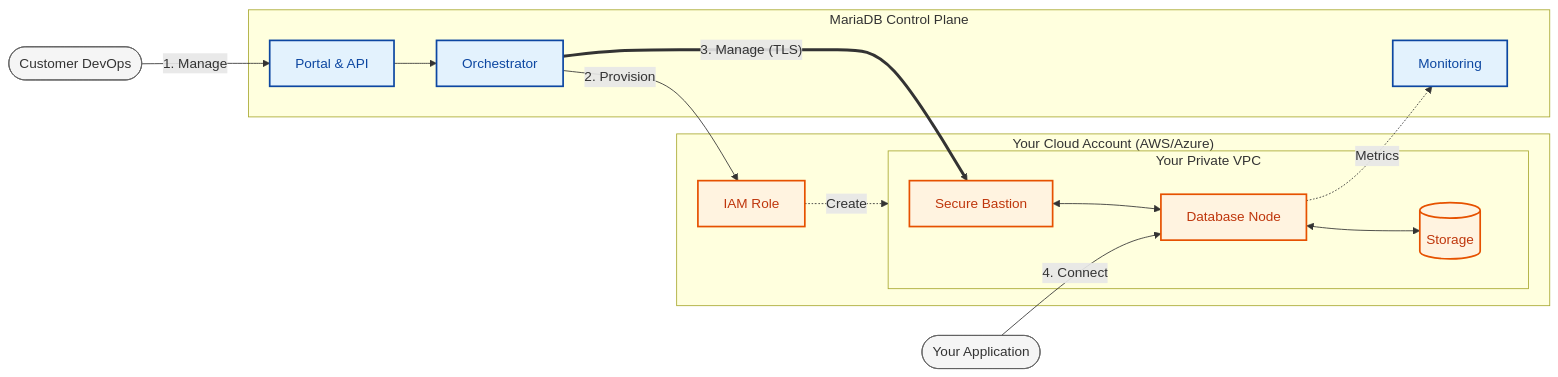
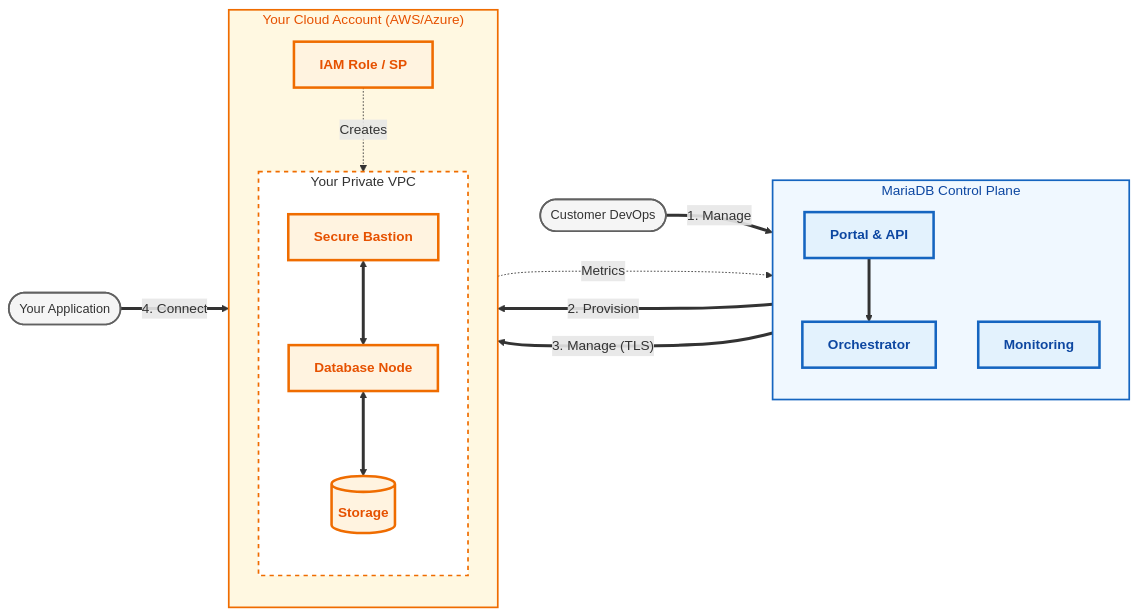
Before and after one commit to rusher/mariadb-docs: the second of 5 diagrams in mariadb-cloud/quickstart/bring-your-own-account-byoa.md, drawn with Mermaid.

Commit message:
GitBook: No commit message

````diff
--- a/mariadb-cloud/quickstart/bring-your-own-account-byoa.md
+++ b/mariadb-cloud/quickstart/bring-your-own-account-byoa.md
@@ -43,44 +43,51 @@
 ```mermaid
 flowchart LR
-    %% Styles similar to Aiven: High contrast, clean blocks
-    classDef control fill:#e3f2fd,stroke:#0d47a1,stroke-width:2px,color:#0d47a1;
-    classDef data fill:#fff3e0,stroke:#e65100,stroke-width:2px,color:#bf360c;
-    classDef network fill:#ffffff,stroke:#e65100,stroke-width:2px,stroke-dasharray: 5 5;
-    classDef external fill:#f5f5f5,stroke:#616161,stroke-width:1px;
+    %% Global Graph Settings: Bold styles for "Aiven-like" readability
+    classDef control fill:#e3f2fd,stroke:#1565c0,stroke-width:3px,color:#0d47a1,font-size:16px,font-weight:bold;
+    classDef data fill:#fff3e0,stroke:#ef6c00,stroke-width:3px,color:#e65100,font-size:16px,font-weight:bold;
+    classDef external fill:#f5f5f5,stroke:#616161,stroke-width:2px,font-size:15px;
 
     %% Actors
     User([Customer DevOps]):::external
     App([Your Application]):::external
 
-    %% MariaDB Cloud
+    %% MariaDB Cloud Control Plane
     subgraph CP ["MariaDB Control Plane"]
-        Portal[Portal & API]:::control
-        Orch[Orchestrator]:::control
-        Mon[Monitoring]:::control
+        direction TB
+        Portal["Portal & API"]:::control
+        Orch["Orchestrator"]:::control
+        Mon["Monitoring"]:::control
     end
 
-    %% Customer Cloud
+    %% Customer Cloud Account
     subgraph Cloud ["Your Cloud Account (AWS/Azure)"]
-        IAM[IAM Role]:::data
+        direction TB
+        IAM["IAM Role / SP"]:::data
         
         subgraph VPC ["Your Private VPC"]
-            Bastion[Secure Bastion]:::data
-            DB[Database Node]:::data
-            Storage[(Storage)]:::data
+            direction TB
+            Bastion["Secure Bastion"]:::data
+            DB["Database Node"]:::data
+            Storage[("Storage")]:::data
         end
     end
 
-    %% Connections
-    User -->|"1. Manage"| Portal
-    Portal --> Orch
-    Orch -->|"2. Provision"| IAM
-    IAM -.->|Create| VPC
+    %% Connections - Using thick lines for visibility
+    User ==>|"1. Manage"| Portal
+    Portal ==> Orch
+    Orch ==>|"2. Provision"| IAM
+    IAM -.->|"Creates"| VPC
     
-    %% Fixed line below: Added quotes around label
-    Orch ==>|"3. Manage (TLS)"| Bastion
-    Bastion <--> DB
-    DB -.->|Metrics| Mon
-    DB <--> Storage
+    %% Secure Tunnel
+    Orch ===>|"3. Manage (TLS)"| Bastion
+    Bastion <==> DB
+    DB -.->|"Metrics"| Mon
+    DB <==> Storage
 
-    App -->|"4. Connect"| DB
+    App ==>|"4. Connect"| DB
+    
+    %% Subgraph Styling for clarity
+    style CP fill:#f0f8ff,stroke:#1565c0,stroke-width:2px,color:#0d47a1
+    style Cloud fill:#fff8e1,stroke:#ef6c00,stroke-width:2px,color:#e65100
+    style VPC fill:#ffffff,stroke:#ef6c00,stroke-width:2px,stroke-dasharray: 5 5
 ```
````
